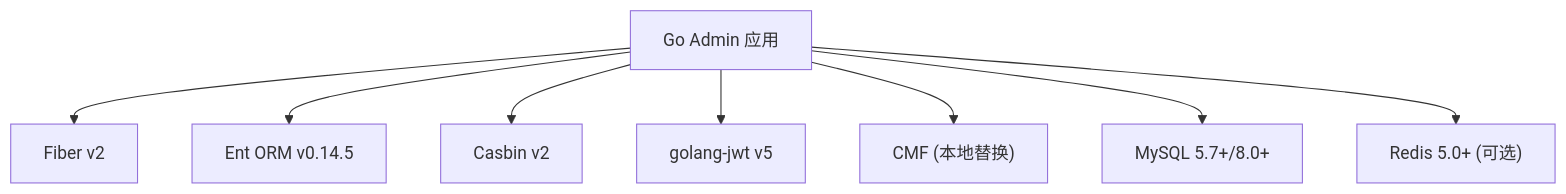
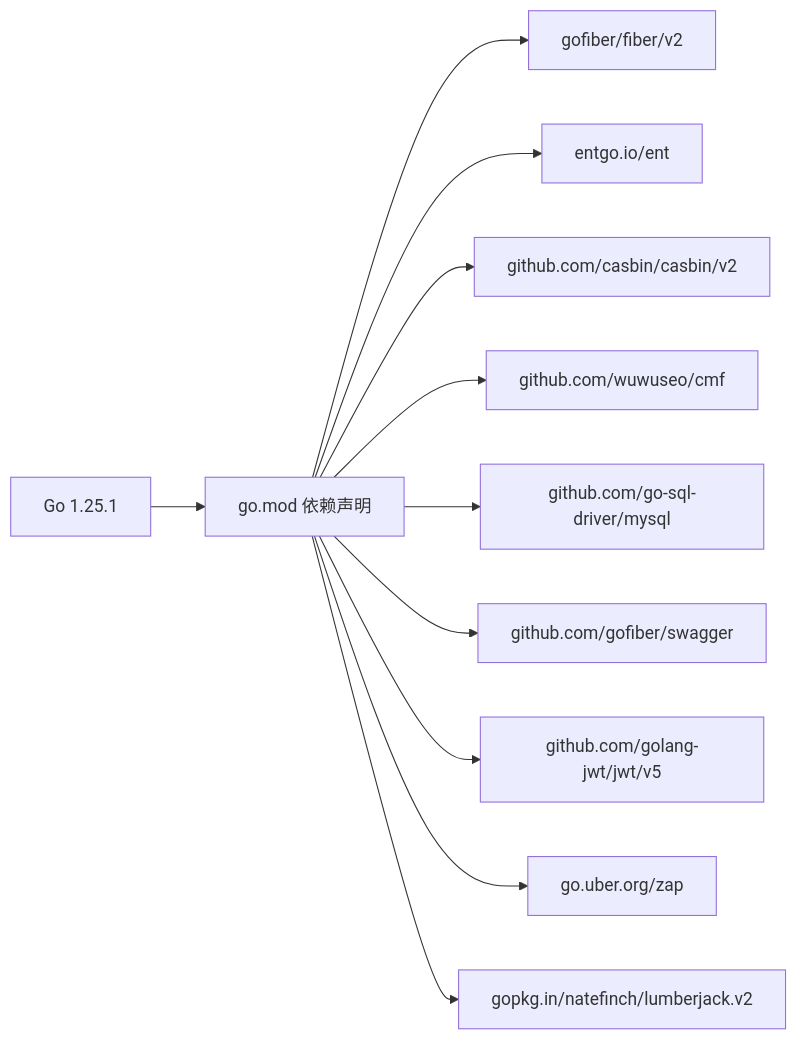
Before and after one commit to wuwuseo/e-sports-go-admin: the seventh of 7 diagrams in .qoder/repowiki/zh/content/快速开始.md, drawn with Mermaid. The commit also changed other lines of this file and 141 other files, not shown here.

````diff
--- a/.qoder/repowiki/zh/content/快速开始.md
+++ b/.qoder/repowiki/zh/content/快速开始.md
@@ -310,10 +226,13 @@
 ```mermaid
-graph TB
-App["Go Admin 应用"] --> Fiber["Fiber v2"]
-App --> Ent["Ent ORM v0.14.5"]
-App --> Casbin["Casbin v2"]
-App --> JWT["golang-jwt v5"]
-App --> CMF["CMF (本地替换)"]
-App --> MySQL["MySQL 5.7+/8.0+"]
-App --> Redis["Redis 5.0+ (可选)"]
+graph LR
+Go["Go 1.25.1"] --> Mod["go.mod 依赖声明"]
+Mod --> Fiber["gofiber/fiber/v2"]
+Mod --> Ent["entgo.io/ent"]
+Mod --> Casbin["github.com/casbin/casbin/v2"]
+Mod --> CMF["github.com/wuwuseo/cmf"]
+Mod --> MySQL["github.com/go-sql-driver/mysql"]
+Mod --> Swagger["github.com/gofiber/swagger"]
+Mod --> JWT["github.com/golang-jwt/jwt/v5"]
+Mod --> Zap["go.uber.org/zap"]
+Mod --> Lumberjack["gopkg.in/natefinch/lumberjack.v2"]
 ```
````
